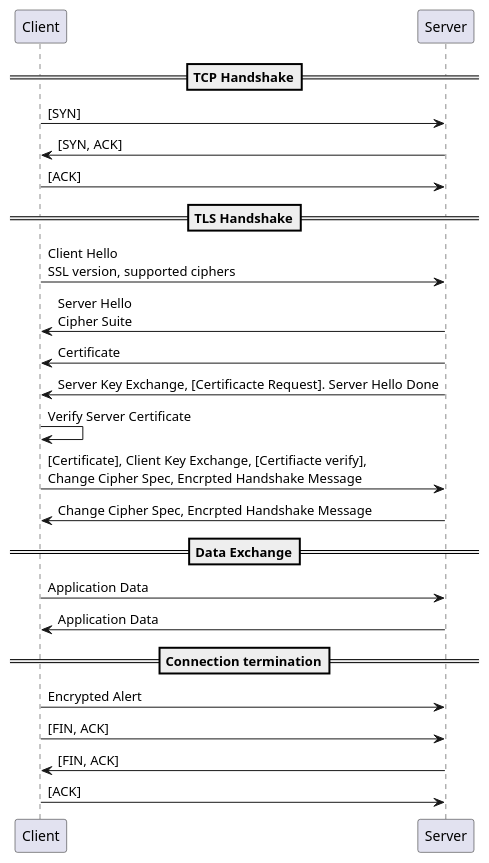
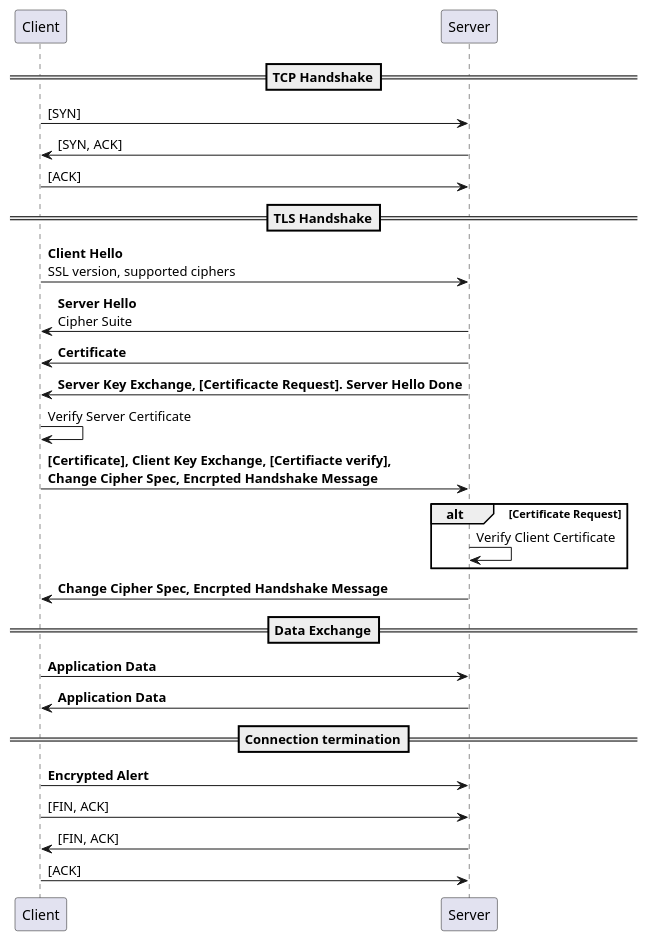
One commit to yidas/web-service-protocols changed the diagram in http/https-flow.plantuml. Above: the diagram before and after it, drawn with PlantUML.

```diff
--- a/http/https-flow.plantuml
+++ b/http/https-flow.plantuml
@@ -1,24 +1,27 @@
 @startuml
 participant "Client" as c
 participant "Server" as s
 ==TCP Handshake==
 c->s: [SYN]
 s->c: [SYN, ACK]
 c->s: [ACK]
 ==TLS Handshake==
-c->s: Client Hello\nSSL version, supported ciphers
-s->c: Server Hello\nCipher Suite
-s->c: Certificate
-s->c: Server Key Exchange, [Certificacte Request]. Server Hello Done
+c->s: **Client Hello**\nSSL version, supported ciphers
+s->c: **Server Hello**\nCipher Suite
+s->c: **Certificate**
+s->c: **Server Key Exchange, [Certificacte Request]. Server Hello Done**
 c->c: Verify Server Certificate
-c->s: [Certificate], Client Key Exchange, [Certifiacte verify], \nChange Cipher Spec, Encrpted Handshake Message
-s->c: Change Cipher Spec, Encrpted Handshake Message
+c->s: **[Certificate], Client Key Exchange, [Certifiacte verify],** \n**Change Cipher Spec, Encrpted Handshake Message**
+alt Certificate Request
+s->s: Verify Client Certificate
+end
+s->c: **Change Cipher Spec, Encrpted Handshake Message**
 ==Data Exchange==
-c->s: Application Data
-s->c: Application Data
+c->s: **Application Data**
+s->c: **Application Data**
 ==Connection termination==
-c->s: Encrypted Alert
+c->s: **Encrypted Alert**
 c->s: [FIN, ACK]
 s->c: [FIN, ACK]
 c->s: [ACK]
 @enduml
```
